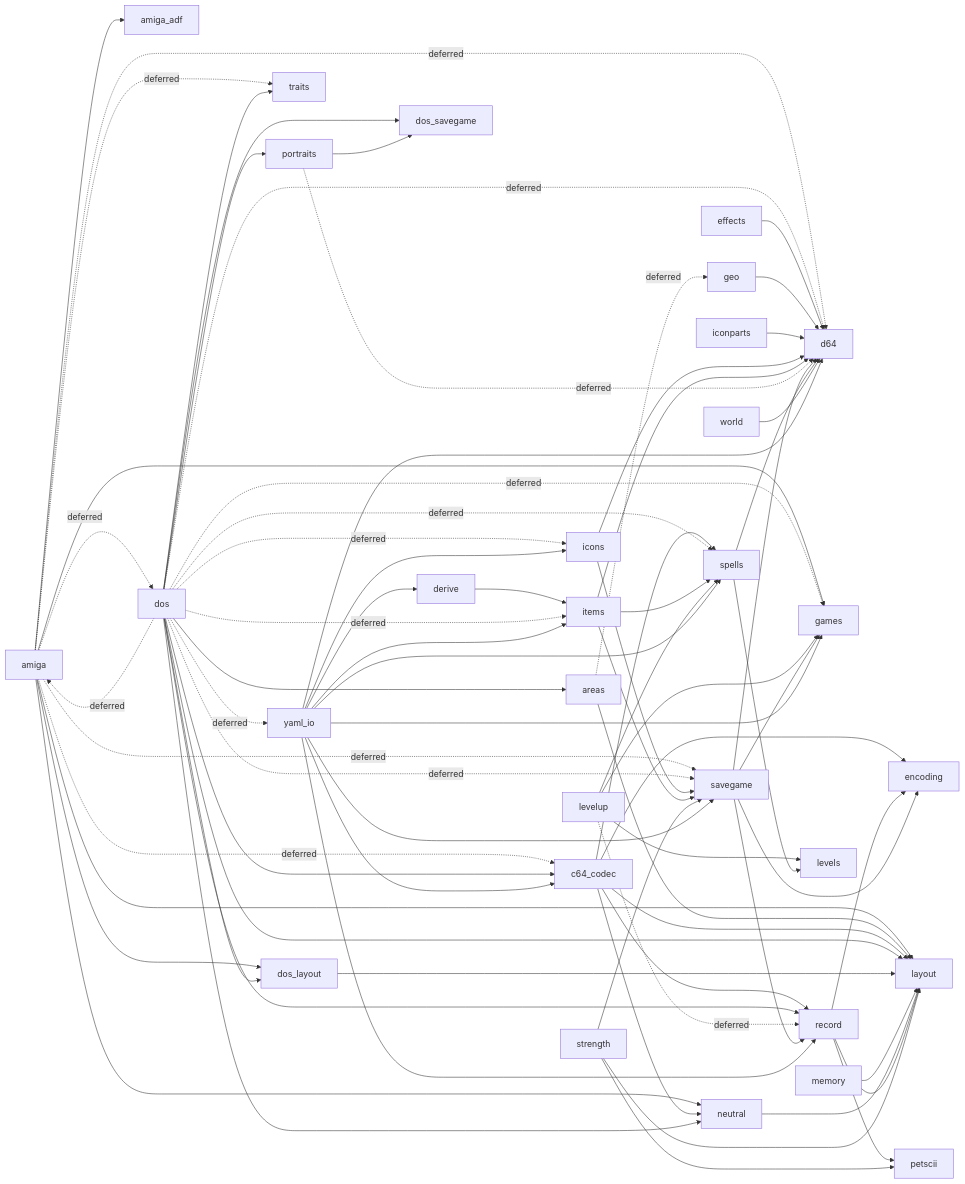
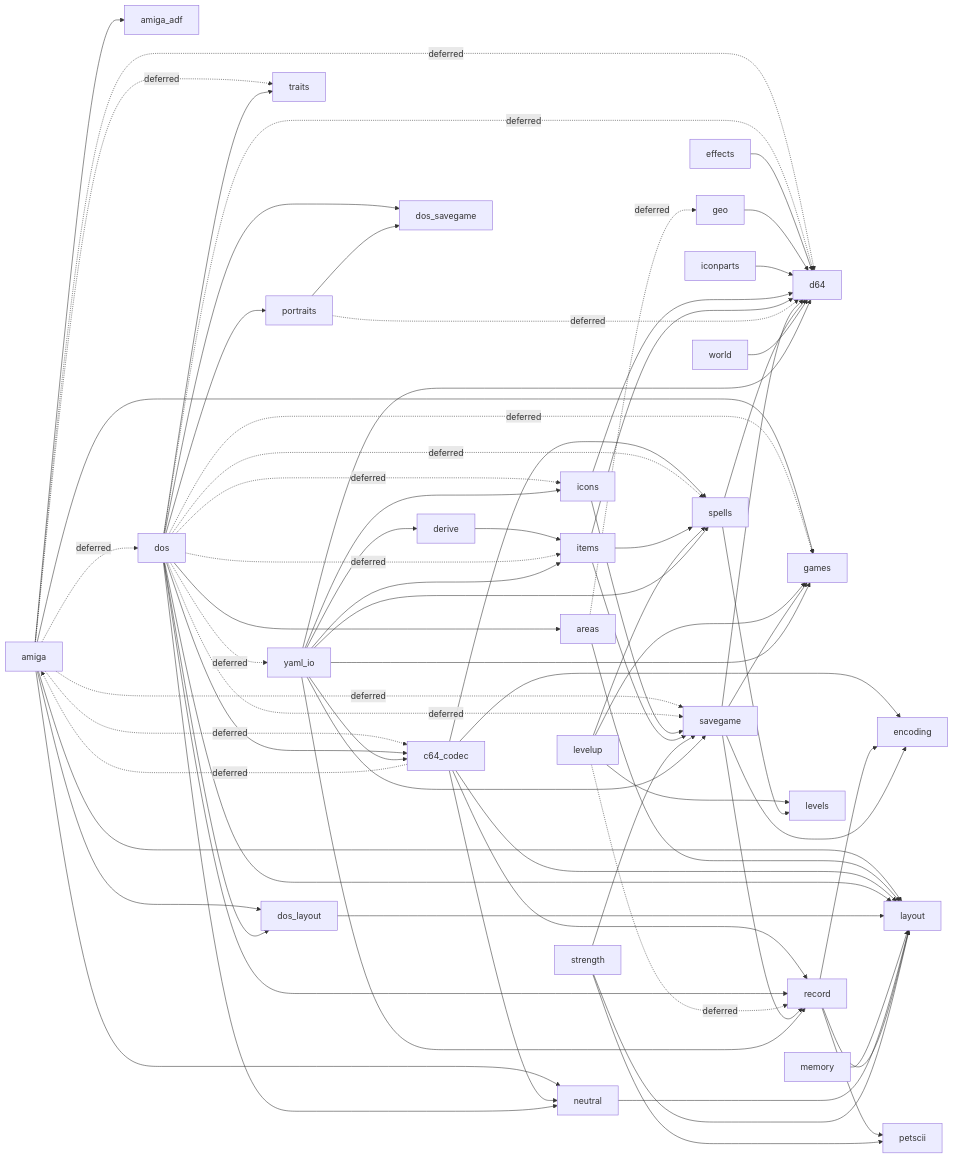
The fourth of 4 diagrams in docs/117-save-conversion.md (malcyon/wish), drawn with Mermaid before and after one commit.

Commit message:
Regenerate the import graph, which the new granted-effects and status carries moved (#232, #235)
Claude-Session: https://claude.ai/code/session_01Vw1DRxeMaL2SzcdMpuhxUK

````diff
--- a/docs/117-save-conversion.md
+++ b/docs/117-save-conversion.md
@@ -1756,77 +1756,77 @@
 ```mermaid
 graph LR
   amiga --> amiga_adf
   amiga -.->|deferred| c64_codec
   amiga -.->|deferred| d64
   amiga -.->|deferred| dos
   amiga --> dos_layout
   amiga --> games
   amiga --> layout
   amiga --> neutral
   amiga -.->|deferred| savegame
   amiga -.->|deferred| traits
   areas -.->|deferred| geo
   areas --> layout
+  c64_codec -.->|deferred| amiga
   c64_codec --> encoding
   c64_codec --> layout
   c64_codec --> neutral
   c64_codec --> record
   c64_codec --> spells
   derive --> items
-  dos -.->|deferred| amiga
   dos --> areas
   dos --> c64_codec
   dos -.->|deferred| d64
   dos --> dos_layout
   dos --> dos_savegame
   dos -.->|deferred| games
   dos -.->|deferred| icons
   dos -.->|deferred| items
   dos --> layout
   dos --> neutral
   dos --> portraits
   dos --> record
   dos -.->|deferred| savegame
   dos -.->|deferred| spells
   dos --> traits
   dos -.->|deferred| yaml_io
   dos_layout --> layout
   effects --> d64
   geo --> d64
   iconparts --> d64
   icons --> d64
   icons --> savegame
   items --> d64
   items --> savegame
   items --> spells
   levelup --> games
   levelup --> levels
   levelup -.->|deferred| record
   levelup --> spells
   memory --> layout
   neutral --> layout
   portraits -.->|deferred| d64
   portraits --> dos_savegame
   record --> encoding
   record --> layout
   record --> petscii
   savegame --> d64
   savegame --> encoding
   savegame --> games
   savegame --> record
   spells --> d64
   spells --> levels
   strength --> layout
   strength --> petscii
   strength --> savegame
   world --> d64
   yaml_io --> c64_codec
   yaml_io --> d64
   yaml_io --> derive
   yaml_io --> games
   yaml_io --> icons
   yaml_io --> items
   yaml_io --> record
   yaml_io --> savegame
   yaml_io --> spells
 ```
````
